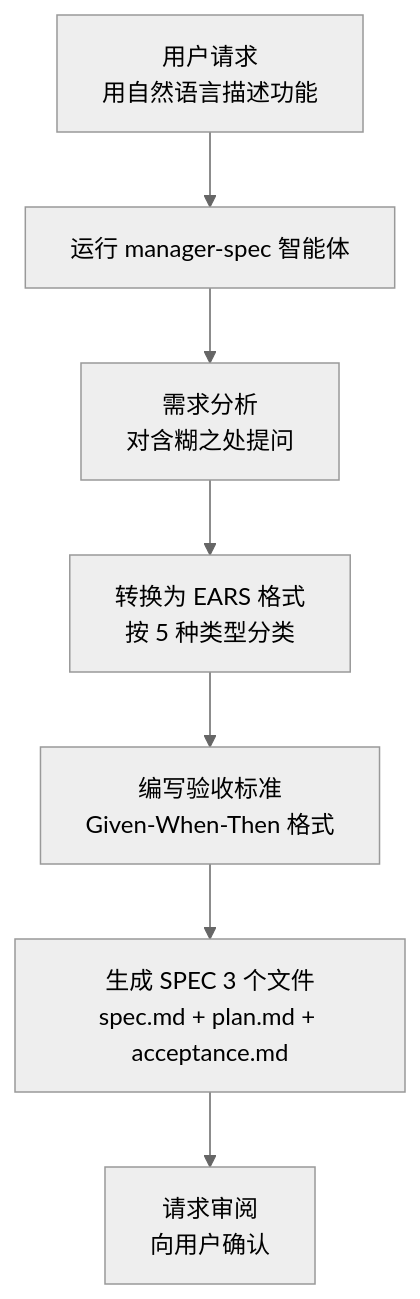
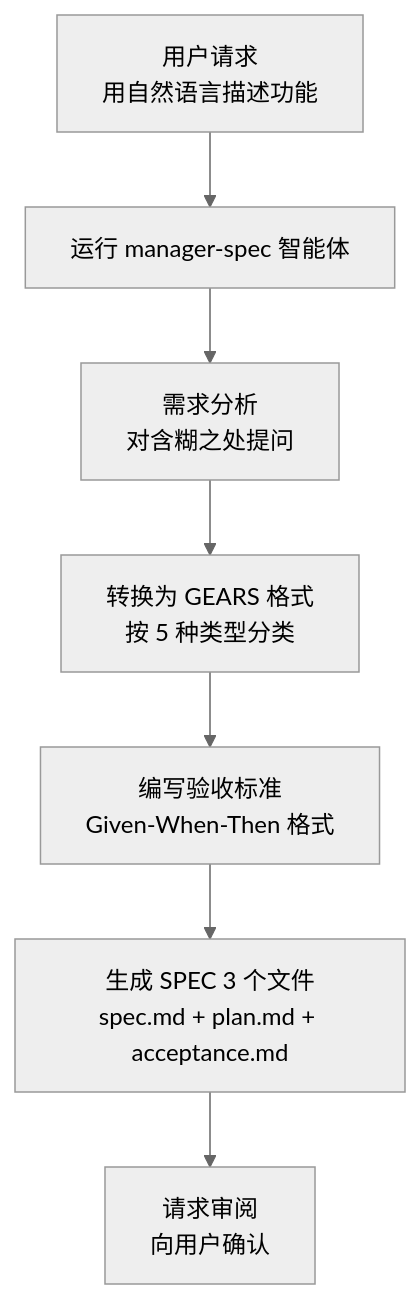
The fourth of 5 diagrams in docs-site/content/zh/core-concepts/spec-based-dev.md (modu-ai/moai-adk), drawn with Mermaid (neutral theme) before and after one commit. The commit also changed other lines of this file and 25 other files, not shown here.

````diff
--- a/docs-site/content/zh/core-concepts/spec-based-dev.md
+++ b/docs-site/content/zh/core-concepts/spec-based-dev.md
@@ -335,9 +341,9 @@
 ```mermaid
 flowchart TD
     A["用户请求\n用自然语言描述功能"] --> B["运行 manager-spec 智能体"]
     B --> C["需求分析\n对含糊之处提问"]
-    C --> D["转换为 EARS 格式\n按 5 种类型分类"]
+    C --> D["转换为 GEARS 格式\n按 5 种类型分类"]
     D --> E["编写验收标准\nGiven-When-Then 格式"]
     E --> F["生成 SPEC 3 个文件\nspec.md + plan.md + acceptance.md"]
     F --> G["请求审阅\n向用户确认"]
 ```
````
